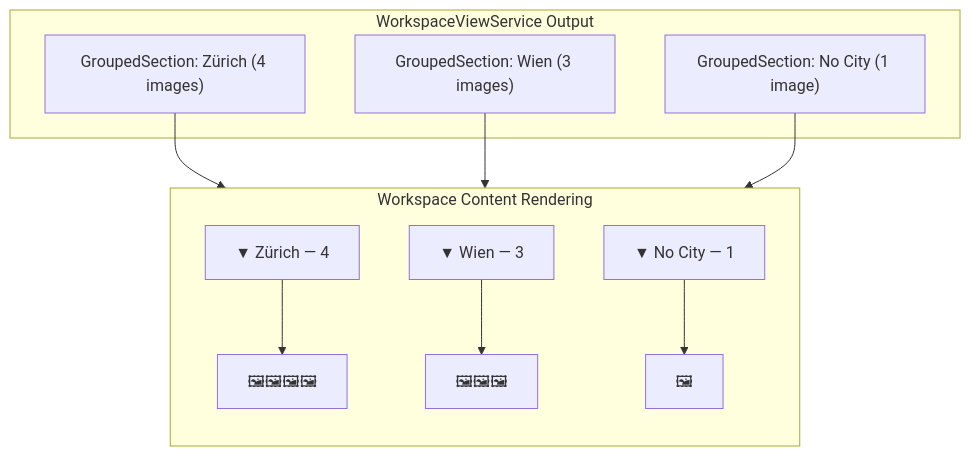
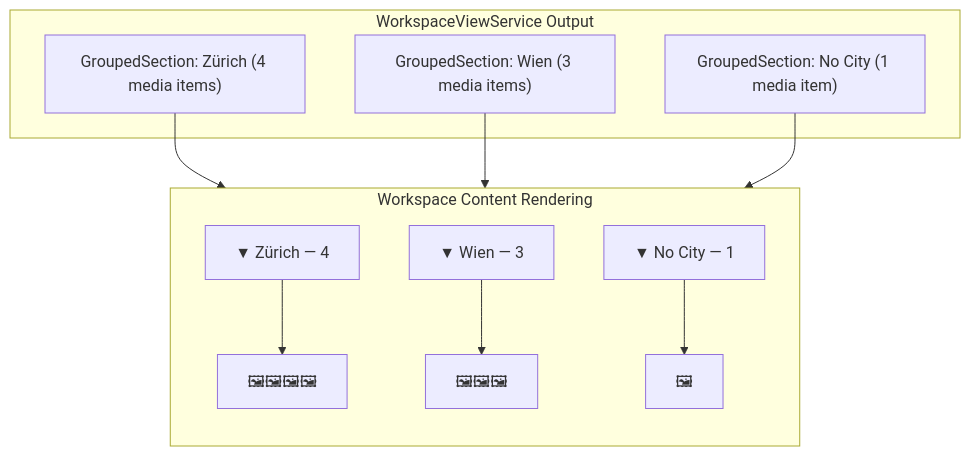
The fourth of 7 diagrams in docs/specs/service/workspace-view/workspace-view-system.md (matkleve/feldpost), drawn with Mermaid before and after one commit. The commit also changed other lines of this file and 26 other files, not shown here.

First line of the commit message:
refactor: update terminology from 'images' to 'media items' across documentation

````diff
--- a/docs/specs/service/workspace-view/workspace-view-system.md
+++ b/docs/specs/service/workspace-view/workspace-view-system.md
@@ -365,22 +332,22 @@
 ```mermaid
 flowchart TD
     subgraph WVS["WorkspaceViewService Output"]
-        GS1["GroupedSection: Zürich (4 images)"]
-        GS2["GroupedSection: Wien (3 images)"]
-        GS3["GroupedSection: No City (1 image)"]
+        GS1["GroupedSection: Zürich (4 media items)"]
+        GS2["GroupedSection: Wien (3 media items)"]
+        GS3["GroupedSection: No City (1 media item)"]
     end
 
     subgraph Render["Workspace Content Rendering"]
         direction TB
         H1["▼ Zürich — 4"]
         G1["🖼🖼🖼🖼"]
         H2["▼ Wien — 3"]
         G2["🖼🖼🖼"]
         H3["▼ No City — 1"]
         G3["🖼"]
     end
 
     GS1 --> H1 --> G1
     GS2 --> H2 --> G2
     GS3 --> H3 --> G3
 ```
````
